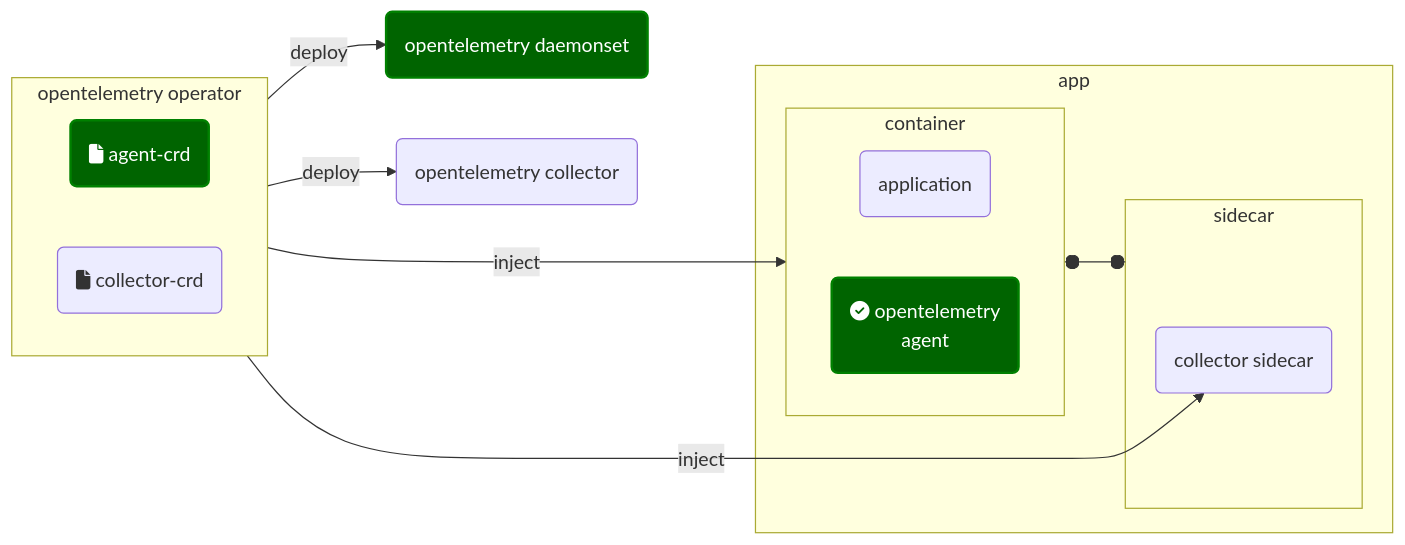
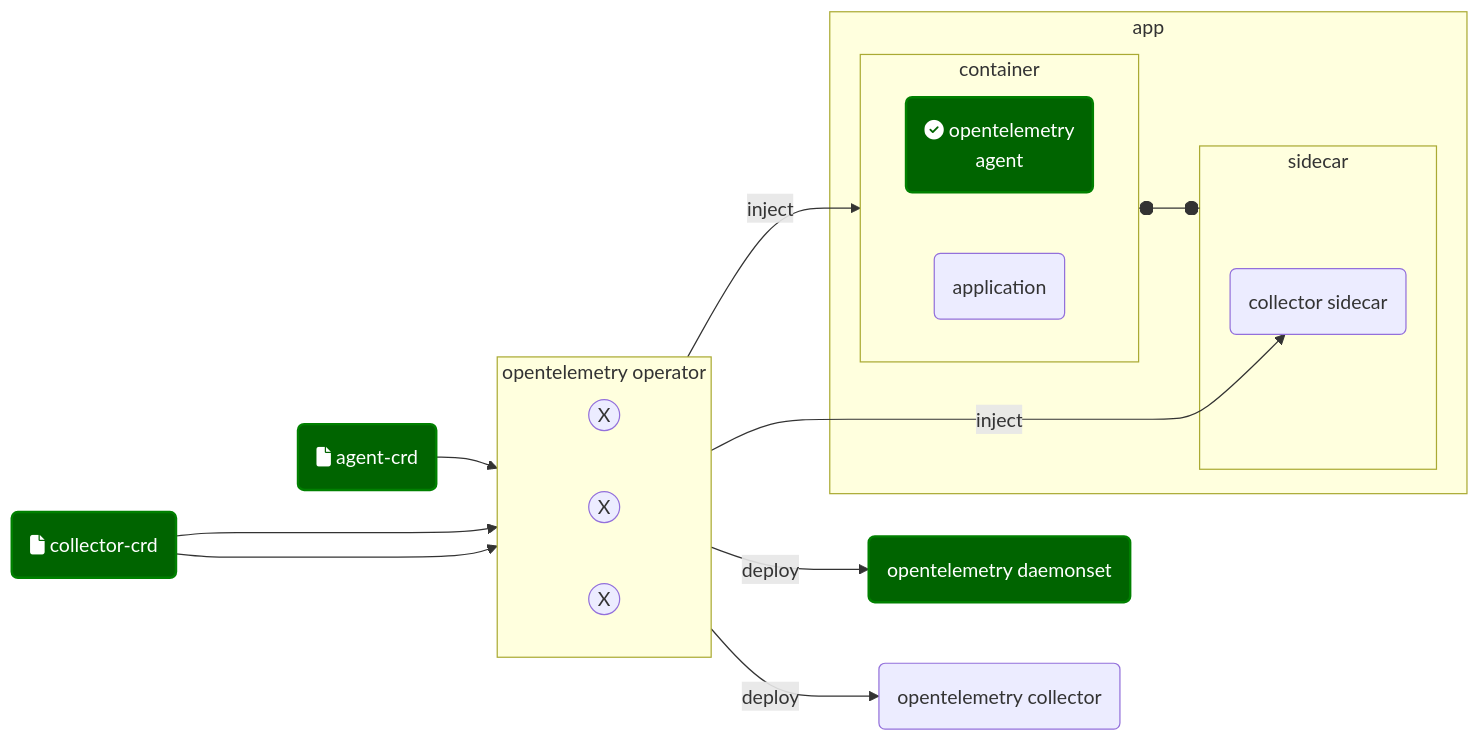
Before and after one commit to devrimdemiroz/opentelemetry-browser: the diagram in docs/InstallOtelcol.md, drawn with Mermaid.

````diff
--- a/docs/InstallOtelcol.md
+++ b/docs/InstallOtelcol.md
@@ -3,33 +3,37 @@
 ```mermaid
 %%{init:  { htmlLabels: true, flowchart: { htmlLabels: true }, securityLevel: 'loose' }} }%%
 flowchart LR
 classDef green fill:green,stroke:green,stroke-width:2px,color:#fff
 classDef dgreen fill:darkgreen,stroke:green,stroke-width:2px,color:#fff
+agent-crd("fa:fa-file agent-crd"):::dgreen
+collector-crd("fa:fa-file collector-crd"):::dgreen
 subgraph oteloperator["opentelemetry operator"]
-            direction LR 
-            agent-crd("fa:fa-file agent-crd"):::dgreen
-            collector-crd("fa:fa-file collector-crd") 
+            direction LR
+            inject((X)) 
+            inject2((X)) 
+            deploy((X)) 
          
     end
     subgraph app
+        subgraph sidecar
+            otelcol-sidecar(collector sidecar)
+        end
         subgraph container
             direction LR 
+            otelagent("fa:fa-check-circle opentelemetry <br/>agent"):::dgreen
             application(application)
-            otelagent("fa:fa-check-circle opentelemetry <br/>agent"):::dgreen
-        end
-        subgraph sidecar
-            otelcol-sidecar(collector sidecar)
         end
     end
 
 container o--o sidecar
    
   
- agent-crd -->|inject|otelagent
- collector-crd ---->|inject|otelcol-sidecar    
+ agent-crd -->inject-->|inject|otelagent
+ collector-crd ---->inject2-->|inject|otelcol-sidecar    
+ collector-crd ---->deploy    
             
 otelcol-daemonset( opentelemetry daemonset):::dgreen
 otelcol( opentelemetry collector)
-oteloperator -->|deploy| otelcol-daemonset & otelcol
+deploy -->|deploy| otelcol-daemonset & otelcol
 
 ```
````
